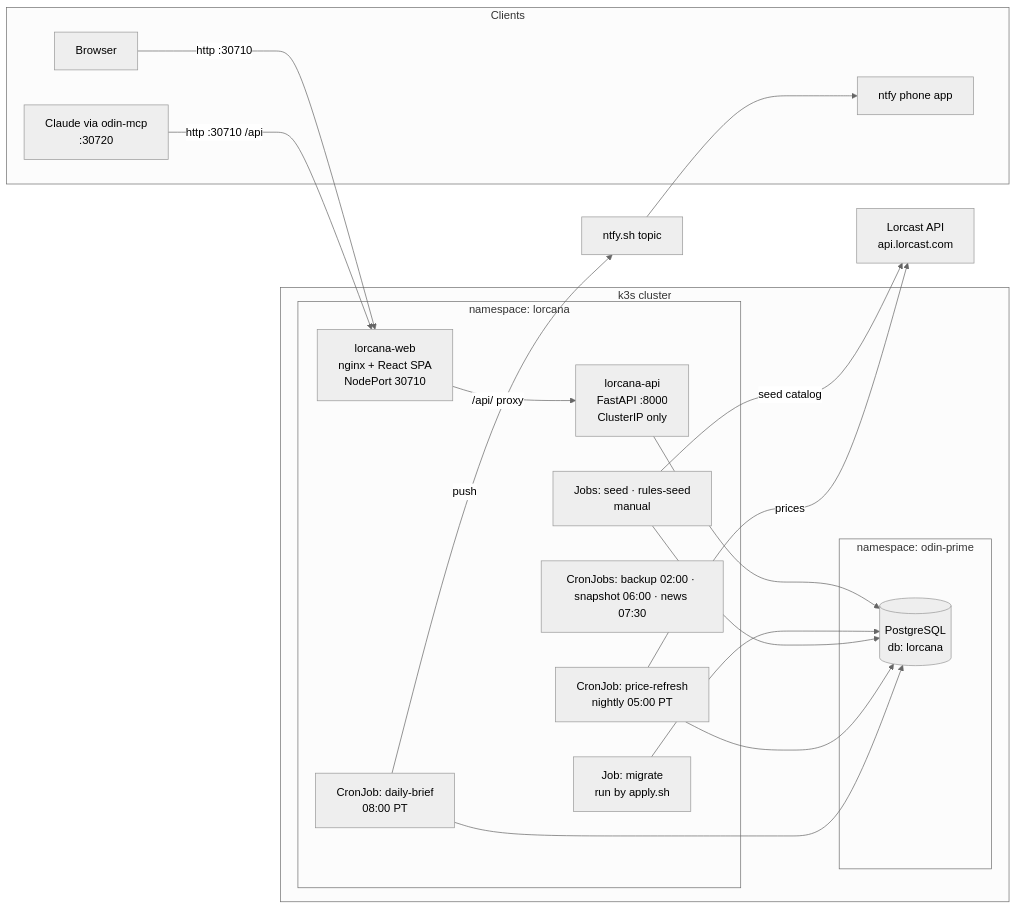
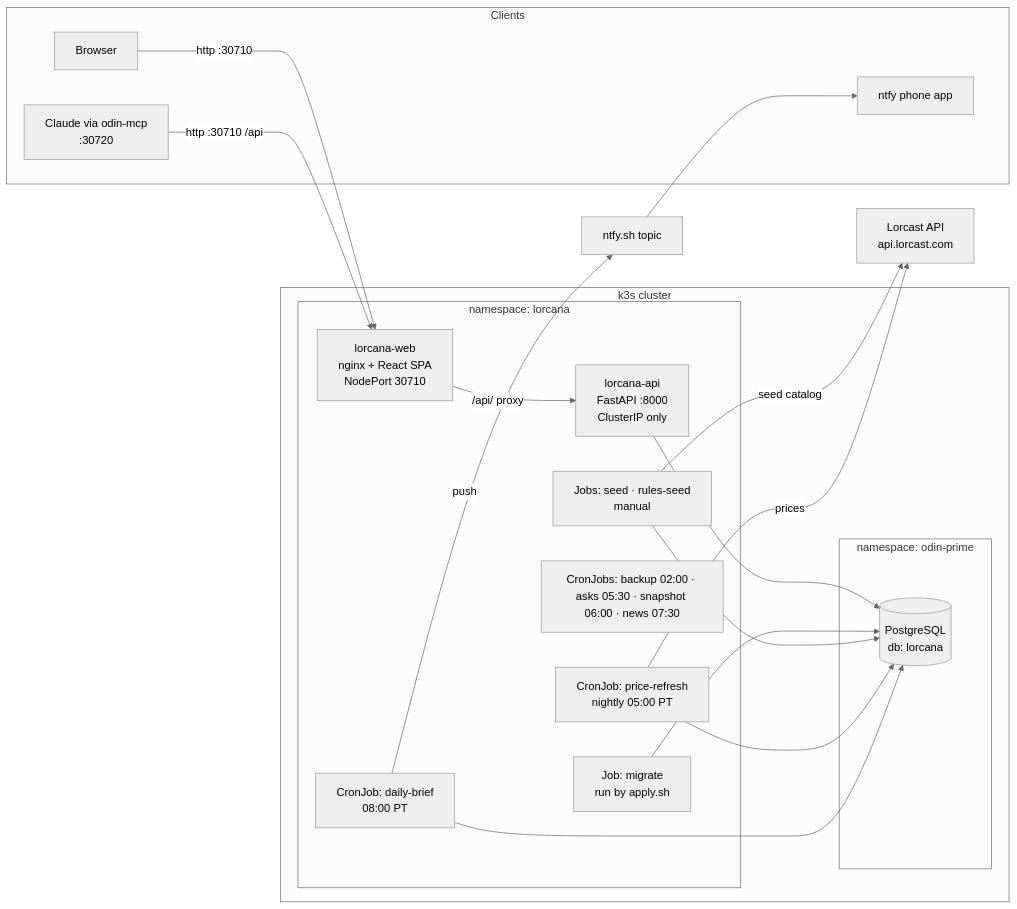
One commit to magicat777/lorcana-manager changed the diagram in docs/ADMIN_USER_GUIDE.md. Above: the diagram before and after it, drawn with Mermaid (neutral theme). The commit also changed other lines of this file, not shown here.

````diff
--- a/docs/ADMIN_USER_GUIDE.md
+++ b/docs/ADMIN_USER_GUIDE.md
@@ -29,37 +29,37 @@
 ```mermaid
 flowchart LR
     subgraph clients [Clients]
         B[Browser]
         C[Claude via odin-mcp<br/>:30720]
         P[ntfy phone app]
     end
     subgraph k3s [k3s cluster]
         subgraph ns [namespace: lorcana]
             W[lorcana-web<br/>nginx + React SPA<br/>NodePort 30710]
             A[lorcana-api<br/>FastAPI :8000<br/>ClusterIP only]
             CJ1[CronJob: price-refresh<br/>nightly 05:00 PT]
             CJ2[CronJob: daily-brief<br/>08:00 PT]
-            CJ3[CronJobs: backup 02:00 · snapshot 06:00 · news 07:30]
+            CJ3[CronJobs: backup 02:00 · asks 05:30 · snapshot 06:00 · news 07:30]
             J1[Job: migrate<br/>run by apply.sh]
             J2[Jobs: seed · rules-seed<br/>manual]
         end
         subgraph op [namespace: odin-prime]
             PG[(PostgreSQL<br/>db: lorcana)]
         end
     end
     L[Lorcast API<br/>api.lorcast.com]
     N[ntfy.sh topic]
 
     B -->|http :30710| W
     C -->|http :30710 /api| W
     W -->|/api/ proxy| A
     A --> PG
     J1 --> PG
     J2 -->|seed catalog| L
     J2 --> PG
     CJ1 -->|prices| L
     CJ1 --> PG
     CJ2 --> PG
     CJ2 -->|push| N
     N --> P
 ```
````
